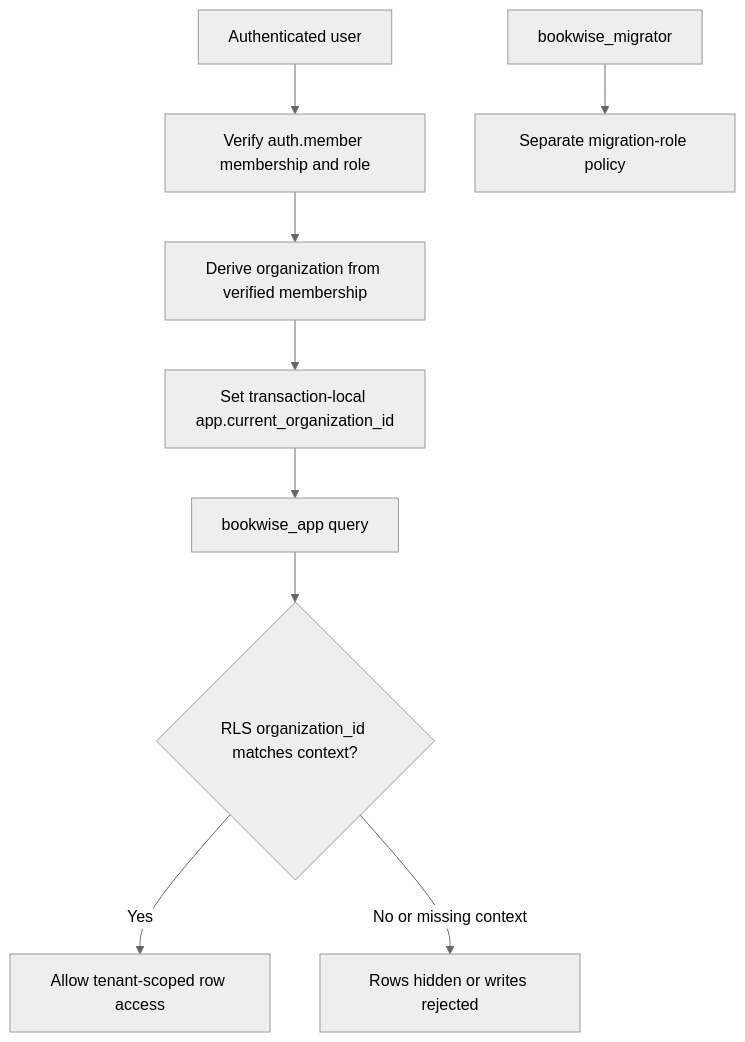
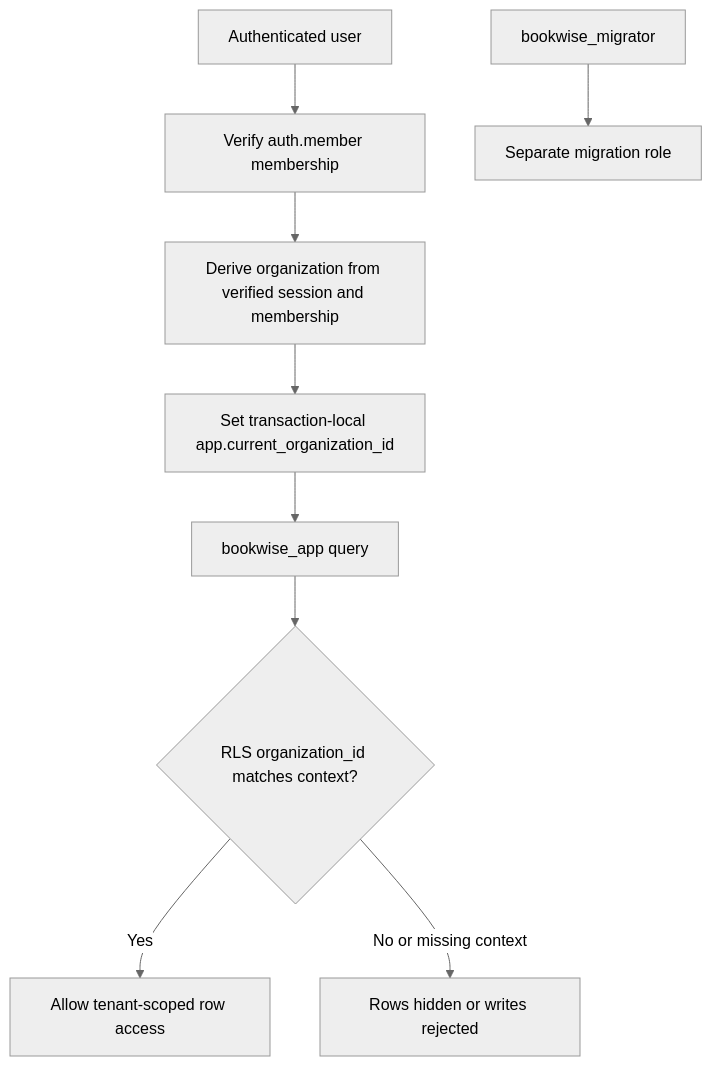
One commit to unaibnaeem/booking-saas changed the third of 3 diagrams in README.md. Above: the diagram before and after it, drawn with Mermaid (neutral theme). The commit also changed other lines of this file and 79 other files, not shown here.

````diff
--- a/README.md
+++ b/README.md
@@ -209,11 +235,11 @@
 ```mermaid
 flowchart TD
-    U[Authenticated user] --> M[Verify auth.member membership and role]
-    M --> O[Derive organization from verified membership]
+    U[Authenticated user] --> M[Verify auth.member membership]
+    M --> O[Derive organization from verified session and membership]
     O --> C[Set transaction-local app.current_organization_id]
     C --> R[bookwise_app query]
     R --> P{RLS organization_id matches context?}
     P -->|Yes| A[Allow tenant-scoped row access]
     P -->|No or missing context| D[Rows hidden or writes rejected]
-    X[bookwise_migrator] --> Y[Separate migration-role policy]
+    X[bookwise_migrator] --> Y[Separate migration role]
 ```
````
